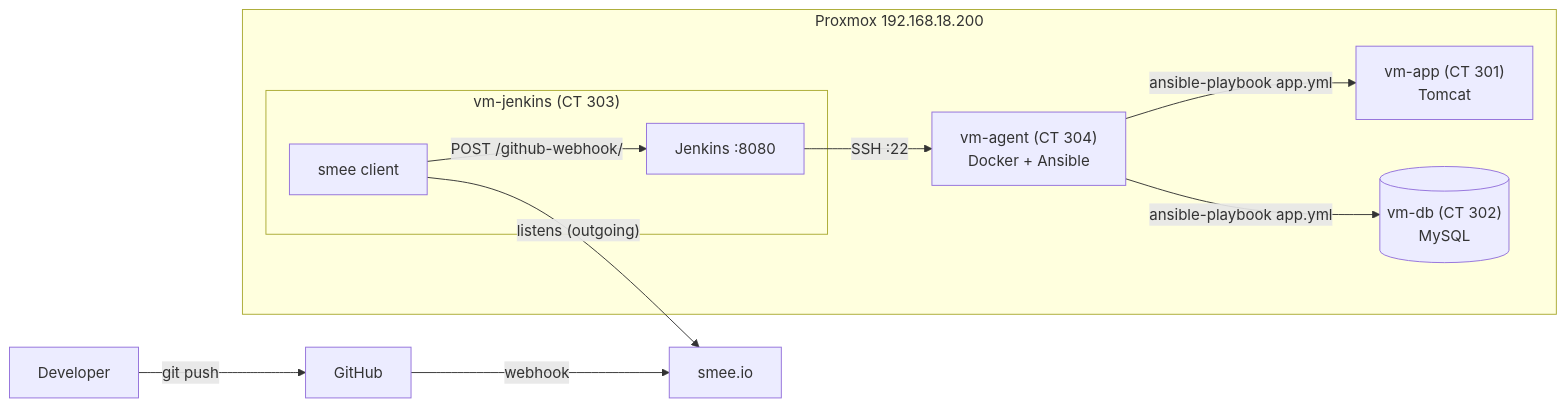
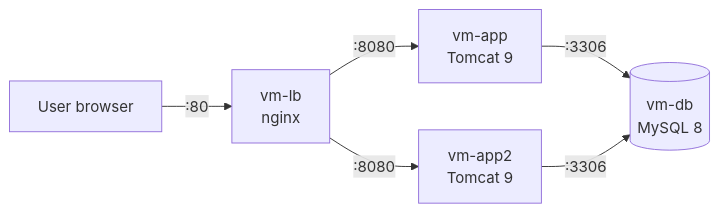
Before and after one commit to nazariybu/travelagency: the diagram in README.md, drawn with Mermaid. The commit also changed other lines of this file and 7 other files, not shown here.

````diff
--- a/README.md
+++ b/README.md
@@ -44,24 +21,8 @@
 ```mermaid
 flowchart LR
-    DEV["Developer"]
-    GH["GitHub"]
-    SMEE["smee.io"]
-
-    subgraph PVE["Proxmox 192.168.18.200"]
-        subgraph JH["vm-jenkins (CT 303)"]
-            SC["smee client"]
-            J["Jenkins :8080"]
-        end
-        AG["vm-agent (CT 304)<br/>Docker + Ansible"]
-        APP["vm-app (CT 301)<br/>Tomcat"]
-        DB[("vm-db (CT 302)<br/>MySQL")]
-        SC -->|"POST /github-webhook/"| J
-        J -->|"SSH :22"| AG
-        AG -->|"ansible-playbook app.yml"| APP
-        AG -->|"ansible-playbook app.yml"| DB
-    end
-
-    DEV -->|"git push"| GH
-    GH -->|"webhook"| SMEE
-    SC -->|"listens (outgoing)"| SMEE
+    U["User browser"] -->|":80"| LB["vm-lb<br/>nginx"]
+    LB -->|":8080"| A1["vm-app<br/>Tomcat 9"]
+    LB -->|":8080"| A2["vm-app2<br/>Tomcat 9"]
+    A1 -->|":3306"| DB[("vm-db<br/>MySQL 8")]
+    A2 -->|":3306"| DB
 ```
````
